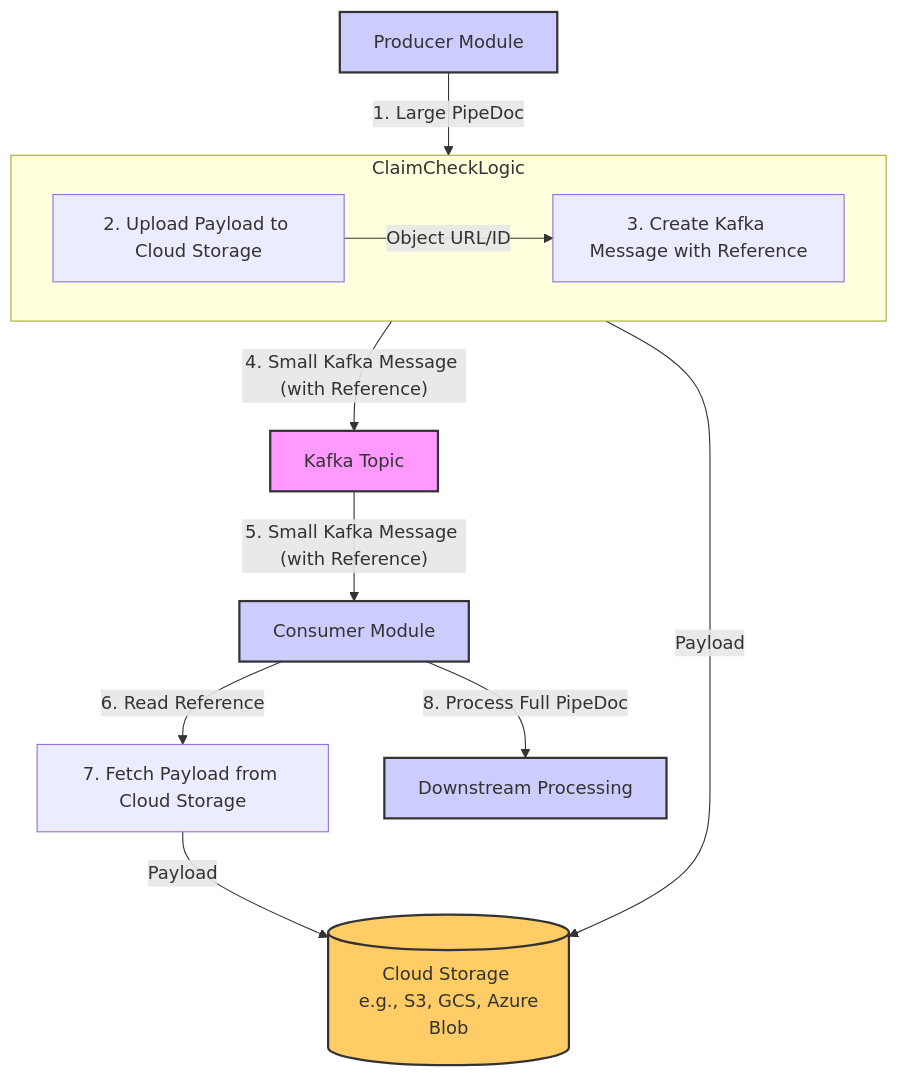
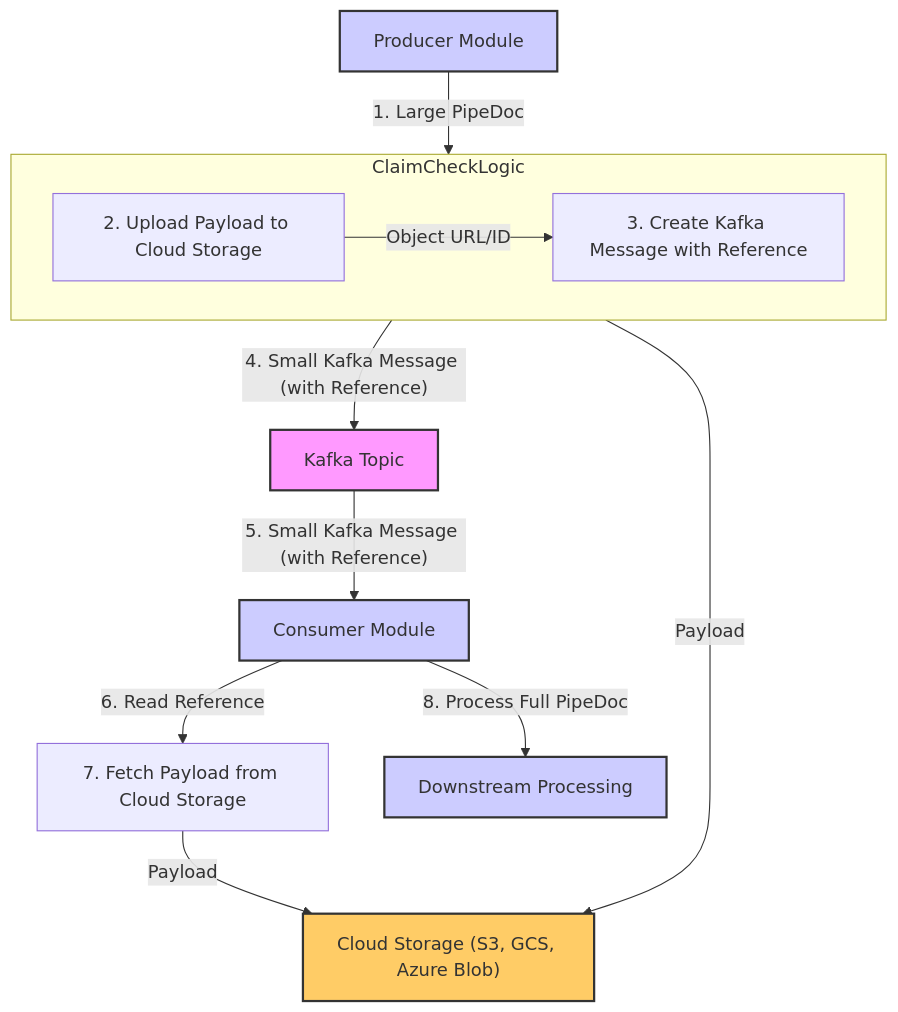
Before and after one commit to krickert/rokkon: the third of 3 diagrams in ARCHITECTURE/Kafka_integration.md, drawn with Mermaid. The commit also changed other lines of this file and 75 other files, not shown here.

````diff
--- a/ARCHITECTURE/Kafka_integration.md
+++ b/ARCHITECTURE/Kafka_integration.md
@@ -137,30 +137,30 @@
 ```mermaid
 graph TD
     ProducerStep[Producer Module] -- 1. Large PipeDoc --> ClaimCheckLogic{Claim Check Logic}
 
     subgraph ClaimCheckLogic
         direction LR
         UploadToStorage[2. Upload Payload to Cloud Storage]
         CreateReference[3. Create Kafka Message with Reference]
     end
 
     UploadToStorage -- Object URL/ID --> CreateReference
-    CloudStorage[(Cloud Storage <br> e.g., S3, GCS, Azure Blob)]
+    CloudStorage["Cloud Storage (S3, GCS, Azure Blob)"]
     ClaimCheckLogic -- Payload --> CloudStorage
 
     CreateReference -- 4. Small Kafka Message (with Reference) --> KafkaTopic[Kafka Topic]
 
     KafkaTopic -- 5. Small Kafka Message (with Reference) --> ConsumerStep[Consumer Module]
     ConsumerStep -- 6. Read Reference --> FetchFromStorage[7. Fetch Payload from Cloud Storage]
     FetchFromStorage -- Payload --> CloudStorage
 
     ConsumerStep -- 8. Process Full PipeDoc --> DownstreamProcessing[Downstream Processing]
 
     classDef storage fill:#ffcc66,stroke:#333,stroke-width:2px;
     classDef kafka fill:#f9f,stroke:#333,stroke-width:2px;
     classDef module fill:#ccf,stroke:#333,stroke-width:2px;
 
     class CloudStorage storage;
     class KafkaTopic kafka;
     class ProducerStep,ConsumerStep,DownstreamProcessing module;
 ```
````
